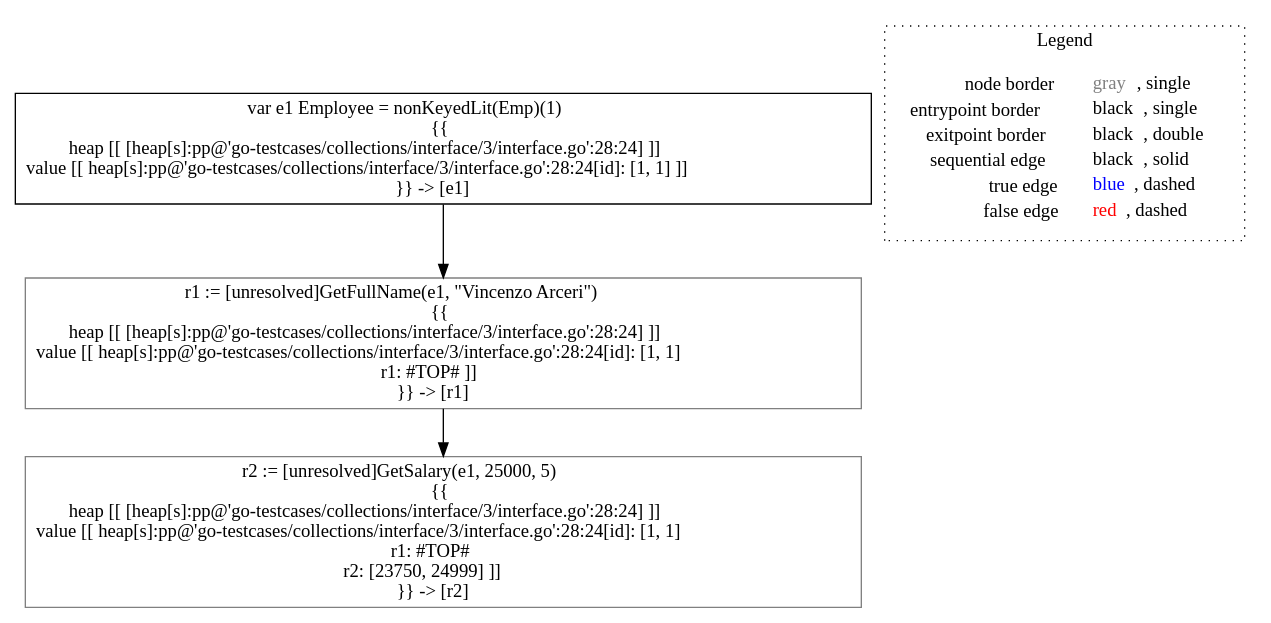
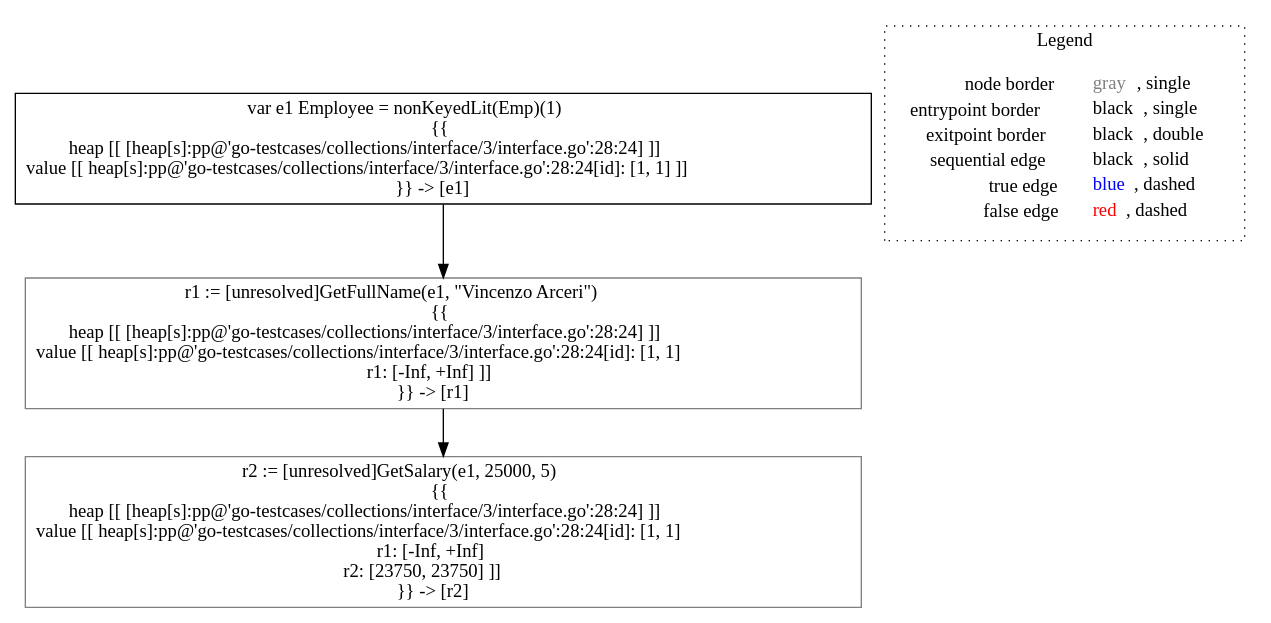
One commit to lisa-analyzer/go-lisa changed the diagram in go-lisa/go-testcases/collections/interface/3/analysis___untyped_~LiSAProgram.main().dot. Above: the diagram before and after it, drawn with Graphviz. The commit also changed 25 other files, not shown here.

```diff
--- a/go-lisa/go-testcases/collections/interface/3/analysis___untyped_~LiSAProgram.main().dot
+++ b/go-lisa/go-testcases/collections/interface/3/analysis___untyped_~LiSAProgram.main().dot
@@ -1,14 +1,14 @@
 digraph {
 	"node0" [shape="rect",color="black",label=<var e1 Employee = nonKeyedLit(Emp)(1)<BR/>{{<BR/>heap [[ [heap[s]:pp@'go-testcases/collections/interface/3/interface.go':28:24] ]]<BR/>value [[ heap[s]:pp@'go-testcases/collections/interface/3/interface.go':28:24[id]: [1, 1] ]]<BR/>}} -&gt; [e1]>];
-	"node1" [shape="rect",color="gray",label=<r1 := [unresolved]GetFullName(e1, &quot;Vincenzo Arceri&quot;)<BR/>{{<BR/>heap [[ [heap[s]:pp@'go-testcases/collections/interface/3/interface.go':28:24] ]]<BR/>value [[ heap[s]:pp@'go-testcases/collections/interface/3/interface.go':28:24[id]: [1, 1]<BR/>r1: #TOP# ]]<BR/>}} -&gt; [r1]>];
-	"node2" [shape="rect",color="gray",label=<r2 := [unresolved]GetSalary(e1, 25000, 5)<BR/>{{<BR/>heap [[ [heap[s]:pp@'go-testcases/collections/interface/3/interface.go':28:24] ]]<BR/>value [[ heap[s]:pp@'go-testcases/collections/interface/3/interface.go':28:24[id]: [1, 1]<BR/>r1: #TOP#<BR/>r2: [23750, 24999] ]]<BR/>}} -&gt; [r2]>];
-	"node0" -> "node1" [color="black"];
-	"node1" -> "node2" [color="black"];
+	"node1" [shape="rect",color="gray",label=<r2 := [unresolved]GetSalary(e1, 25000, 5)<BR/>{{<BR/>heap [[ [heap[s]:pp@'go-testcases/collections/interface/3/interface.go':28:24] ]]<BR/>value [[ heap[s]:pp@'go-testcases/collections/interface/3/interface.go':28:24[id]: [1, 1]<BR/>r1: [-Inf, +Inf]<BR/>r2: [23750, 23750] ]]<BR/>}} -&gt; [r2]>];
+	"node2" [shape="rect",color="gray",label=<r1 := [unresolved]GetFullName(e1, &quot;Vincenzo Arceri&quot;)<BR/>{{<BR/>heap [[ [heap[s]:pp@'go-testcases/collections/interface/3/interface.go':28:24] ]]<BR/>value [[ heap[s]:pp@'go-testcases/collections/interface/3/interface.go':28:24[id]: [1, 1]<BR/>r1: [-Inf, +Inf] ]]<BR/>}} -&gt; [r1]>];
+	"node2" -> "node1" [color="black"];
+	"node0" -> "node2" [color="black"];
 subgraph cluster_legend {
 	label="Legend";
 	style=dotted;
 	node [shape=plaintext];
 	"legend" [label=<<table border="0" cellpadding="2" cellspacing="0" cellborder="0"><tr><td align="right">node border&nbsp;</td><td align="left"><font color="gray">gray</font>, single</td></tr><tr><td align="right">entrypoint border&nbsp;</td><td align="left"><font color="black">black</font>, single</td></tr><tr><td align="right">exitpoint border&nbsp;</td><td align="left"><font color="black">black</font>, double</td></tr><tr><td align="right">sequential edge&nbsp;</td><td align="left"><font color="black">black</font>, solid</td></tr><tr><td align="right">true edge&nbsp;</td><td align="left"><font color="blue">blue</font>, dashed</td></tr><tr><td align="right">false edge&nbsp;</td><td align="left"><font color="red">red</font>, dashed</td></tr></table>>];
 }
 
 }
```
